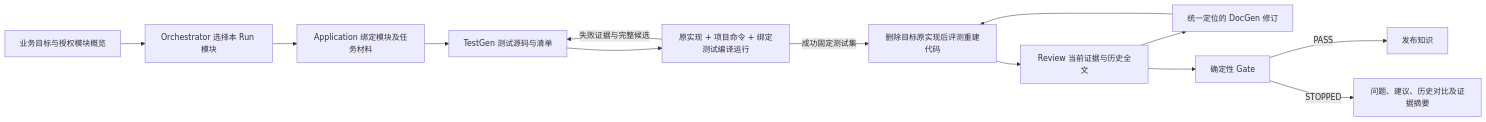
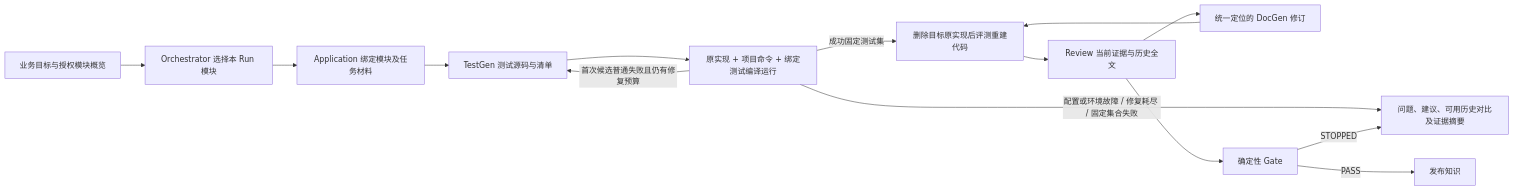
Before and after one commit to linlisWorkTeam/domain-knowledge: the seventh of 7 diagrams in docs/diagrams/Views4Plus1.md, drawn with Mermaid. The commit also changed other lines of this file and 22 other files, not shown here.

````diff
--- a/docs/diagrams/Views4Plus1.md
+++ b/docs/diagrams/Views4Plus1.md
@@ -158,15 +165,16 @@
 ```mermaid
 flowchart LR
   Goal[业务目标与授权模块概览] --> Plan[Orchestrator 选择本 Run 模块]
   Plan --> Bind[Application 绑定模块及任务材料]
   Bind --> Tests[TestGen 测试源码与清单]
   Tests --> Reference[原实现 + 项目命令 + 绑定测试编译运行]
-  Reference -->|失败证据与完整候选| Tests
+  Reference -->|首次候选普通失败且仍有修复预算| Tests
+  Reference -->|配置或环境故障 / 修复耗尽 / 固定集合失败| Handoff
   Reference -->|成功固定测试集| Eval[删除目标原实现后评测重建代码]
   Eval --> Review[Review 当前证据与历史全文]
   Review --> Revision[统一定位的 DocGen 修订]
   Revision --> Eval
   Review --> Gate[确定性 Gate]
   Gate -->|PASS| Publish[发布知识]
-  Gate -->|STOPPED| Handoff[问题、建议、历史对比及证据摘要]
+  Gate -->|STOPPED| Handoff[问题、建议、可用历史对比及证据摘要]
 ```
````
